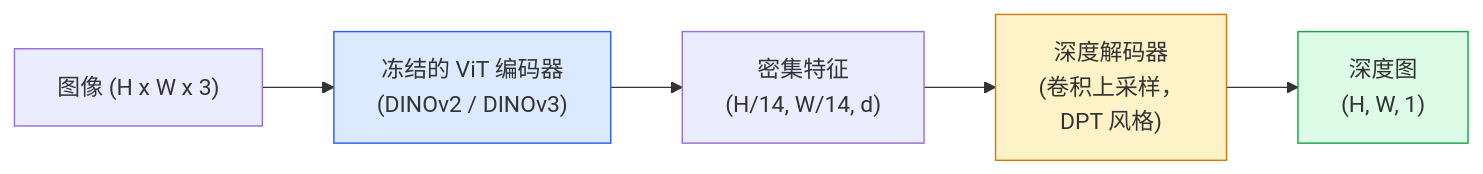
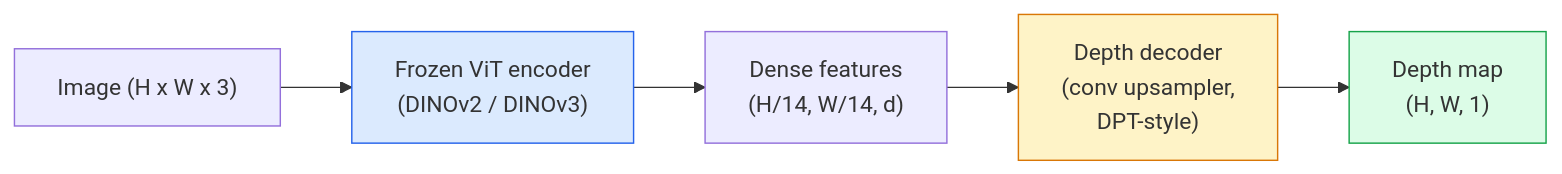
One commit to xiaojiaenen/ai-engineering-from-scratch-zh changed the diagram in i18n/zh/phases/04-computer-vision/26-monocular-depth/docs/zh.md. Above: the diagram before and after it, drawn with Mermaid. The commit also changed other lines of this file and 28 other files, not shown here.

````diff
--- a/i18n/zh/phases/04-computer-vision/26-monocular-depth/docs/zh.md
+++ b/i18n/zh/phases/04-computer-vision/26-monocular-depth/docs/zh.md
@@ -36,11 +36,11 @@
 ```mermaid
 flowchart LR
-    IMG["图像 (H x W x 3)"] --> ENC["冻结的 ViT 编码器<br/>(DINOv2 / DINOv3)"]
-    ENC --> FEATS["密集特征<br/>(H/14, W/14, d)"]
-    FEATS --> DEC["深度解码器<br/>(卷积上采样，<br/>DPT 风格)"]
-    DEC --> DEPTH["深度图<br/>(H, W, 1)"]
+    IMG["Image (H x W x 3)"] --> ENC["Frozen ViT encoder<br/>(DINOv2 / DINOv3)"]
+    ENC --> FEATS["Dense features<br/>(H/14, W/14, d)"]
+    FEATS --> DEC["Depth decoder<br/>(conv upsampler,<br/>DPT-style)"]
+    DEC --> DEPTH["Depth map<br/>(H, W, 1)"]
 
     style ENC fill:#dbeafe,stroke:#2563eb
     style DEC fill:#fef3c7,stroke:#d97706
     style DEPTH fill:#dcfce7,stroke:#16a34a
 ```
````
